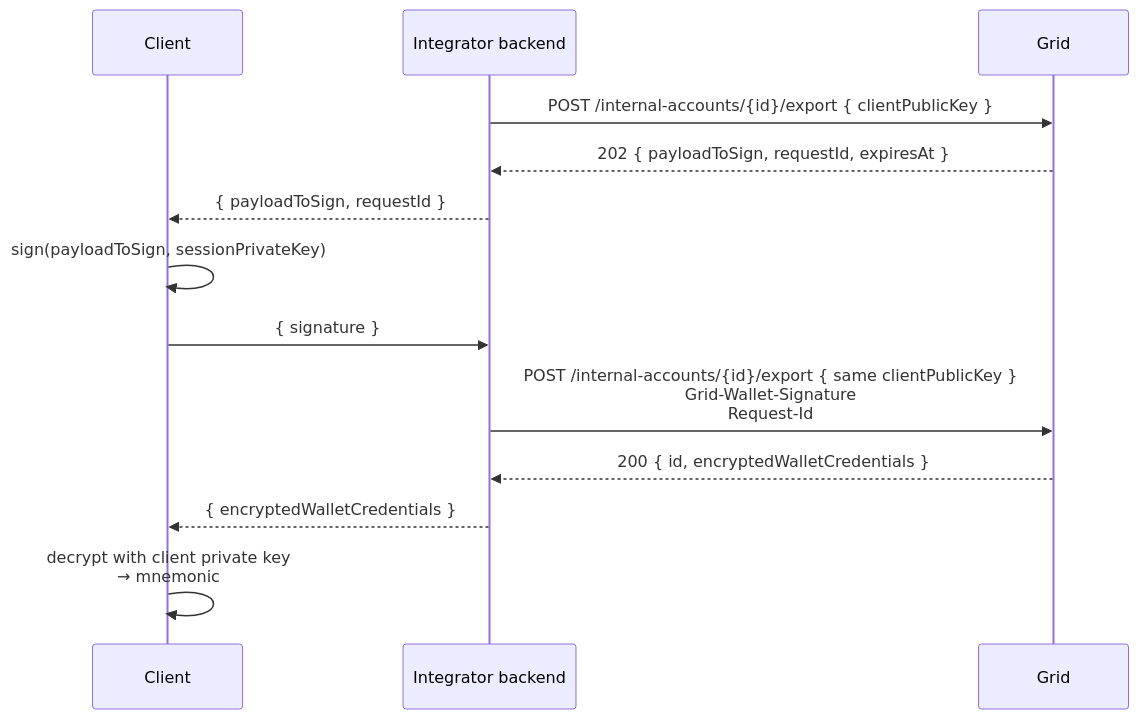
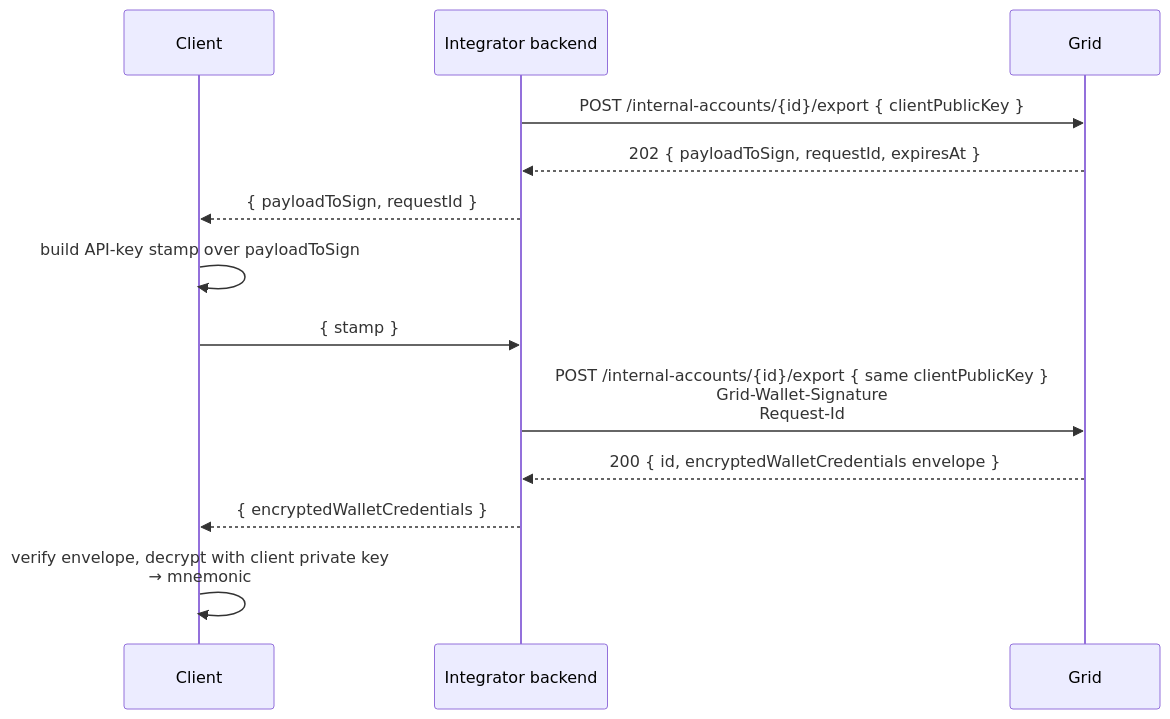
The diagram in mintlify/snippets/embedded-wallets/exporting-wallet.mdx (lightsparkdev/grid-api), drawn with Mermaid before and after one commit. The commit also changed other lines of this file and 38 other files, not shown here.

````diff
--- a/mintlify/snippets/embedded-wallets/exporting-wallet.mdx
+++ b/mintlify/snippets/embedded-wallets/exporting-wallet.mdx
@@ -7,16 +7,16 @@
 ```mermaid
 sequenceDiagram
   participant C as Client
   participant IB as Integrator backend
   participant G as Grid
 
   IB->>G: POST /internal-accounts/{id}/export { clientPublicKey }
   G-->>IB: 202 { payloadToSign, requestId, expiresAt }
   IB-->>C: { payloadToSign, requestId }
-  C->>C: sign(payloadToSign, sessionPrivateKey)
-  C->>IB: { signature }
+  C->>C: build API-key stamp over payloadToSign
+  C->>IB: { stamp }
   IB->>G: POST /internal-accounts/{id}/export { same clientPublicKey }<br/>Grid-Wallet-Signature<br/>Request-Id
-  G-->>IB: 200 { id, encryptedWalletCredentials }
+  G-->>IB: 200 { id, encryptedWalletCredentials envelope }
   IB-->>C: { encryptedWalletCredentials }
-  C->>C: decrypt with client private key<br/>→ mnemonic
+  C->>C: verify envelope, decrypt with client private key<br/>→ mnemonic
 ```
````
